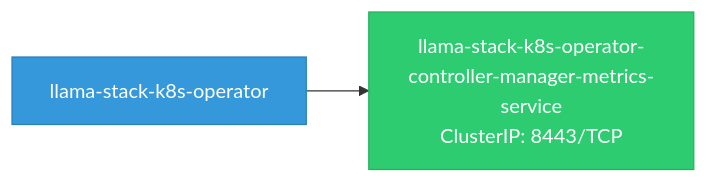
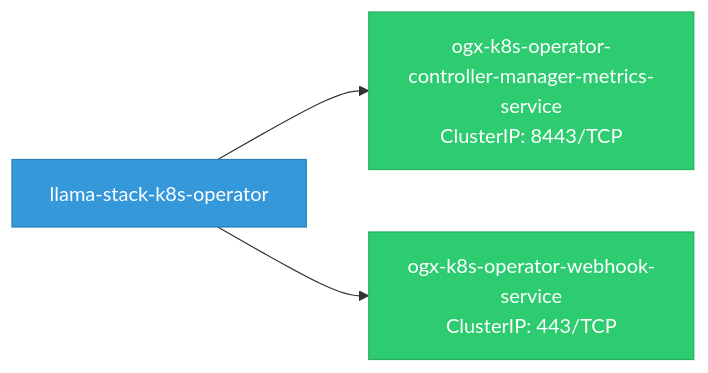
Before and after one commit to ugiordan/rhoai-architecture-analyzer: the first of 2 diagrams in site/docs/use-cases/odh-platform/components/llama_stack_k8s_operator/network.md, drawn with Mermaid. The commit also changed other lines of this file and 402 other files, not shown here.

````diff
--- a/site/docs/use-cases/odh-platform/components/llama_stack_k8s_operator/network.md
+++ b/site/docs/use-cases/odh-platform/components/llama_stack_k8s_operator/network.md
@@ -5,10 +5,11 @@
 ```mermaid
 graph LR
     classDef svc fill:#2ecc71,stroke:#27ae60,color:#fff
     classDef test fill:#95a5a6,stroke:#7f8c8d,color:#fff
     classDef component fill:#3498db,stroke:#2980b9,color:#fff
     classDef ext fill:#e74c3c,stroke:#c0392b,color:#fff
 
     llama_stack_k8s_operator["llama-stack-k8s-operator"]:::component
-    llama_stack_k8s_operator --> svc_0["llama-stack-k8s-operator-controller-manager-metrics-service\nClusterIP: 8443/TCP"]:::svc
+    llama_stack_k8s_operator --> svc_0["ogx-k8s-operator-controller-manager-metrics-service\nClusterIP: 8443/TCP"]:::svc
+    llama_stack_k8s_operator --> svc_1["ogx-k8s-operator-webhook-service\nClusterIP: 443/TCP"]:::svc
 ```
````
